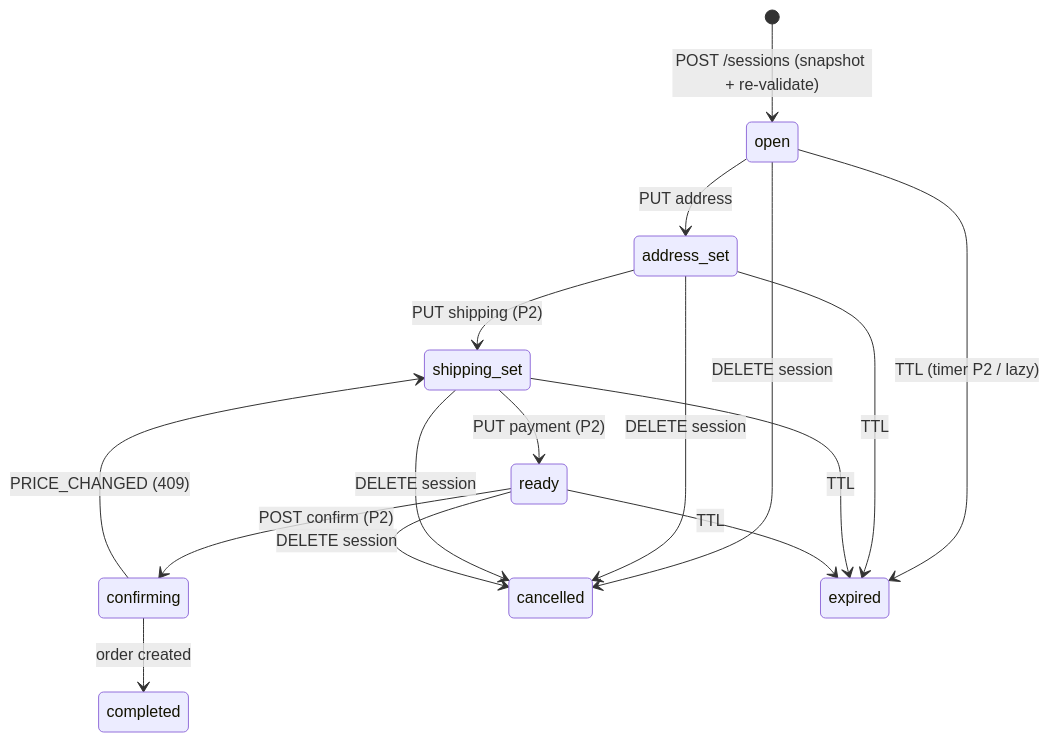
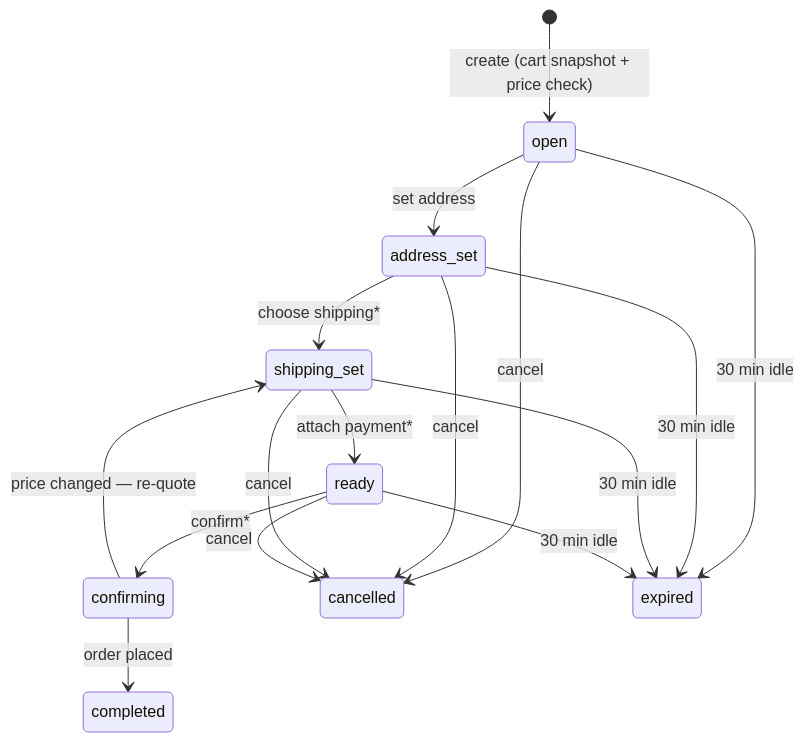
The diagram in README.md (duynhlab/checkout-service), drawn with Mermaid before and after one commit. The commit also changed other lines of this file, not shown here.

````diff
--- a/README.md
+++ b/README.md
@@ -13,18 +24,18 @@
 ```mermaid
 stateDiagram-v2
-    [*] --> open : POST /sessions (snapshot + re-validate)
-    open --> address_set : PUT address
-    address_set --> shipping_set : PUT shipping (P2)
-    shipping_set --> ready : PUT payment (P2)
-    ready --> confirming : POST confirm (P2)
-    confirming --> completed : order created
-    confirming --> shipping_set : PRICE_CHANGED (409)
-    open --> cancelled : DELETE session
-    address_set --> cancelled : DELETE session
-    shipping_set --> cancelled : DELETE session
-    ready --> cancelled : DELETE session
-    open --> expired : TTL (timer P2 / lazy)
-    address_set --> expired : TTL
-    shipping_set --> expired : TTL
-    ready --> expired : TTL
+    [*] --> open : create (cart snapshot + price check)
+    open --> address_set : set address
+    address_set --> shipping_set : choose shipping*
+    shipping_set --> ready : attach payment*
+    ready --> confirming : confirm*
+    confirming --> completed : order placed
+    confirming --> shipping_set : price changed — re-quote
+    open --> cancelled : cancel
+    address_set --> cancelled : cancel
+    shipping_set --> cancelled : cancel
+    ready --> cancelled : cancel
+    open --> expired : 30 min idle
+    address_set --> expired : 30 min idle
+    shipping_set --> expired : 30 min idle
+    ready --> expired : 30 min idle
 ```
````
